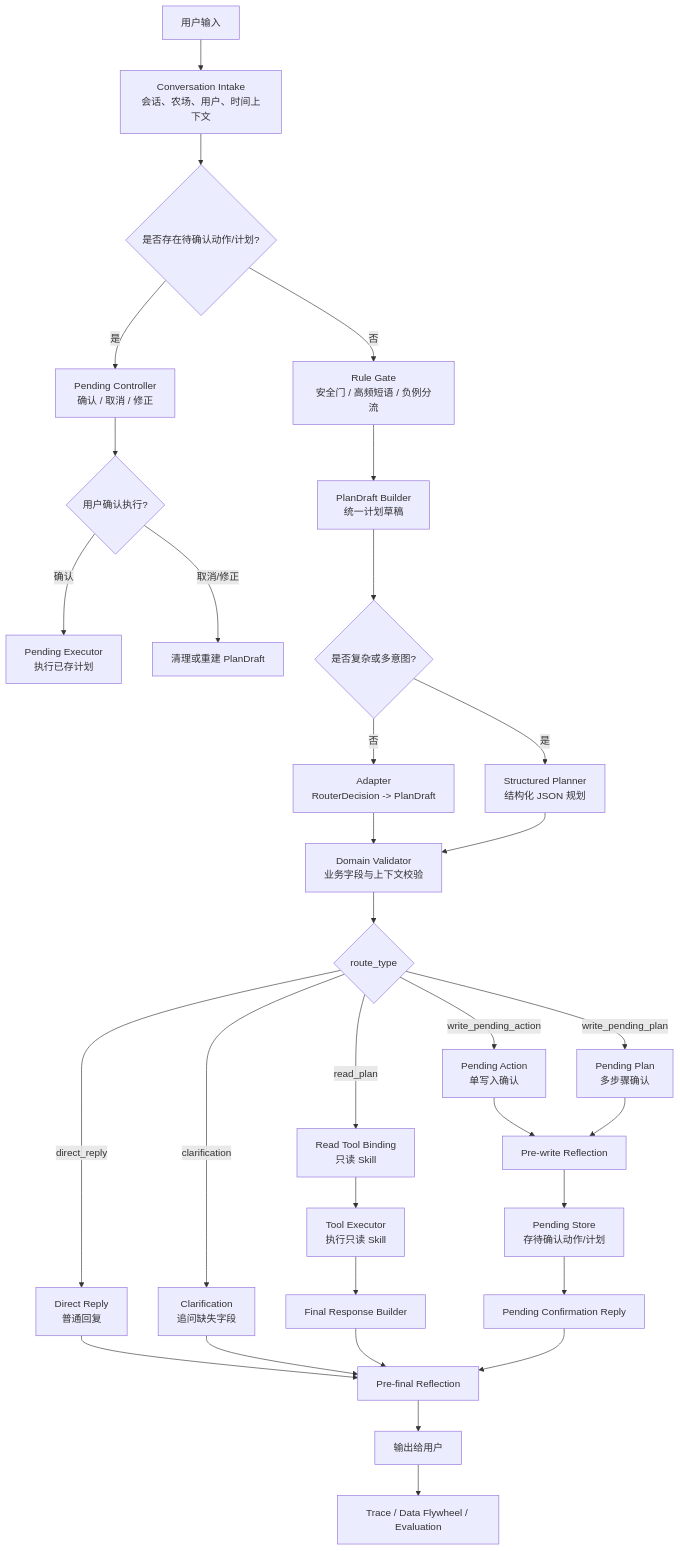
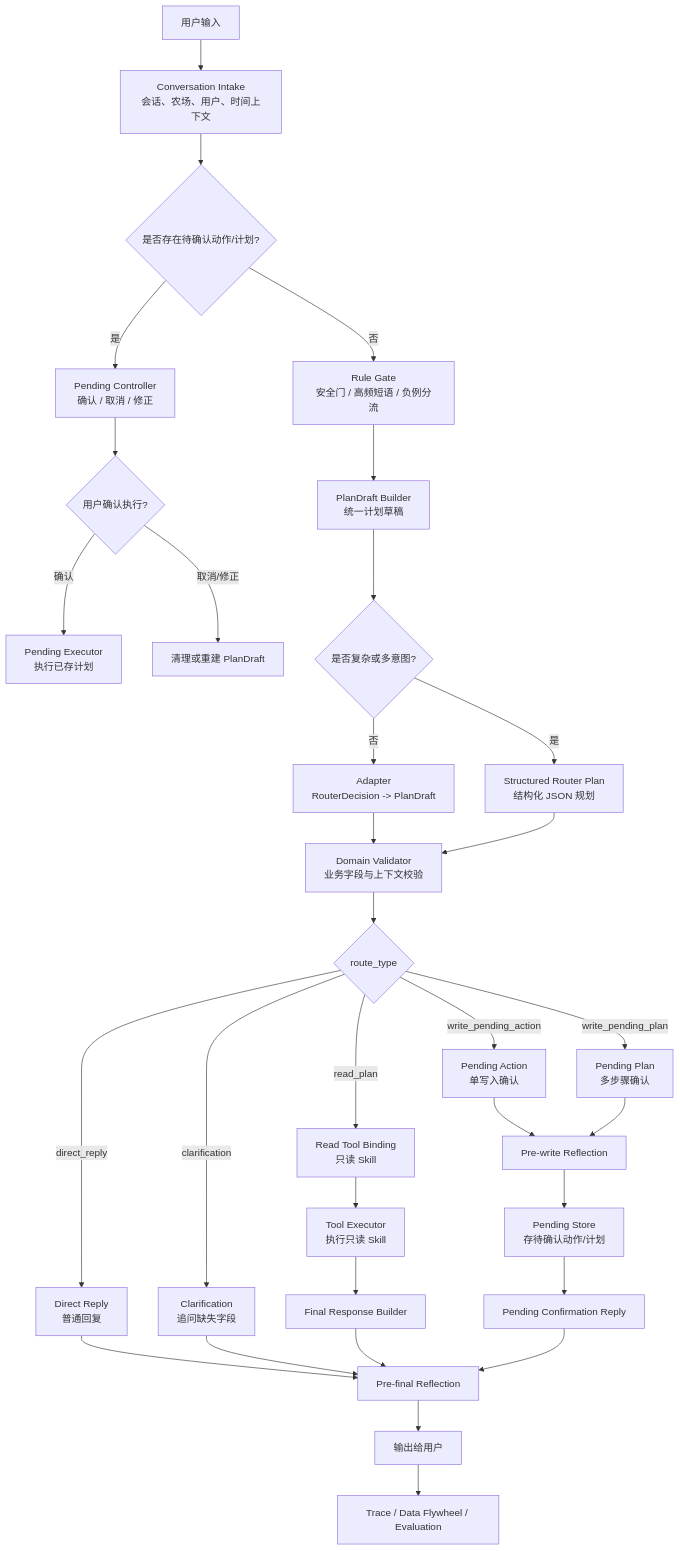
Before and after one commit to ArtLjn/agriagent-os: the fifth of 21 diagrams in docs/farm-manager-design-spec/01_正式设计/13_Agent范式规范化设计.md, drawn with Mermaid. The commit also changed other lines of this file and 36 other files, not shown here.

````diff
--- a/docs/farm-manager-design-spec/01_正式设计/13_Agent范式规范化设计.md
+++ b/docs/farm-manager-design-spec/01_正式设计/13_Agent范式规范化设计.md
@@ -164,37 +164,37 @@
 ```mermaid
 flowchart TD
     U["用户输入"] --> I["Conversation Intake<br/>会话、农场、用户、时间上下文"]
     I --> P0{"是否存在待确认动作/计划?"}
     P0 -->|是| PC["Pending Controller<br/>确认 / 取消 / 修正"]
     PC --> PE{"用户确认执行?"}
     PE -->|确认| EX0["Pending Executor<br/>执行已存计划"]
     PE -->|取消/修正| CLR["清理或重建 PlanDraft"]
 
     P0 -->|否| G["Rule Gate<br/>安全门 / 高频短语 / 负例分流"]
     G --> PD["PlanDraft Builder<br/>统一计划草稿"]
     PD --> SP{"是否复杂或多意图?"}
     SP -->|否| A1["Adapter<br/>RouterDecision -> PlanDraft"]
-    SP -->|是| LP["Structured Planner<br/>结构化 JSON 规划"]
+    SP -->|是| LP["Structured Router Plan<br/>结构化 JSON 规划"]
     A1 --> DV["Domain Validator<br/>业务字段与上下文校验"]
     LP --> DV
 
     DV --> RT{"route_type"}
     RT -->|direct_reply| DR["Direct Reply<br/>普通回复"]
     RT -->|read_plan| RP["Read Tool Binding<br/>只读 Skill"]
     RT -->|write_pending_action| WPA["Pending Action<br/>单写入确认"]
     RT -->|write_pending_plan| WPP["Pending Plan<br/>多步骤确认"]
     RT -->|clarification| CQ["Clarification<br/>追问缺失字段"]
 
     RP --> TE["Tool Executor<br/>执行只读 Skill"]
     TE --> FR["Final Response Builder"]
     WPA --> WR["Pre-write Reflection"]
     WPP --> WR
     WR --> PS["Pending Store<br/>存待确认动作/计划"]
     PS --> PR["Pending Confirmation Reply"]
     DR --> RF["Pre-final Reflection"]
     CQ --> RF
     FR --> RF
     PR --> RF
     RF --> O["输出给用户"]
     O --> DF["Trace / Data Flywheel / Evaluation"]
 ```
````
